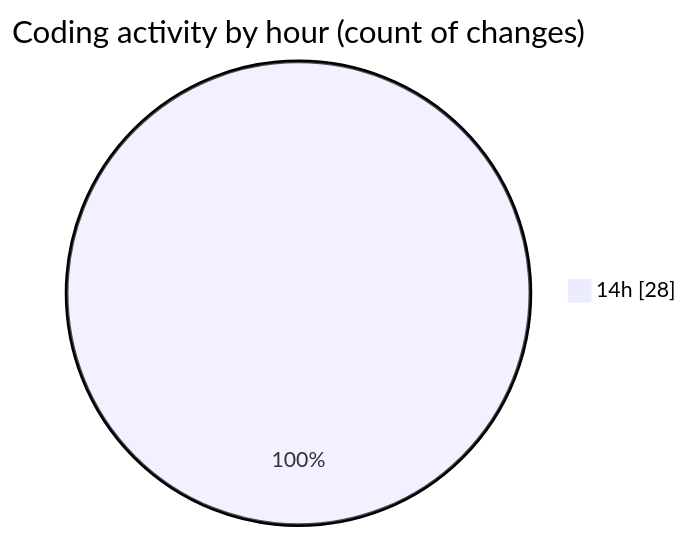
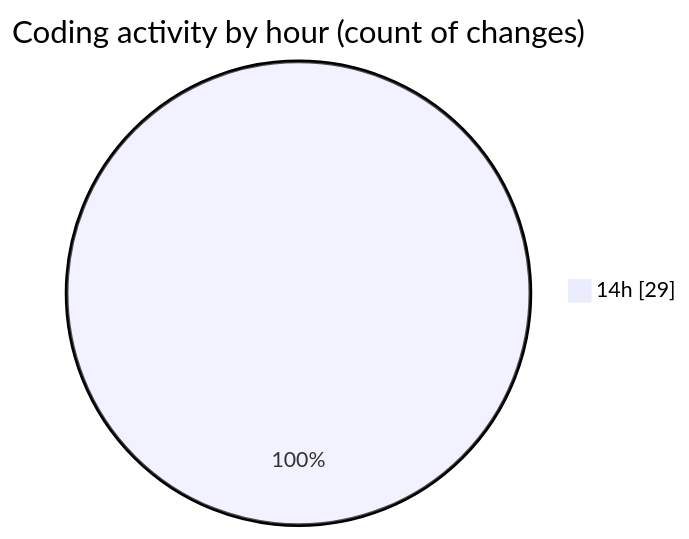
One commit to jadenblack/code-tracking changed the second of 2 diagrams in 2026-03-04/shadcn-admin-kit-main__workspace_/README.md. Above: the diagram before and after it, drawn with Mermaid. The commit also changed other lines of this file and 1 other file, not shown here.

````diff
--- a/2026-03-04/shadcn-admin-kit-main__workspace_/README.md
+++ b/2026-03-04/shadcn-admin-kit-main__workspace_/README.md
@@ -49,5 +49,5 @@
 ```mermaid
 pie showData
 title Coding activity by hour (count of changes)
-"14h" : 28
+"14h" : 29
 ```
````
